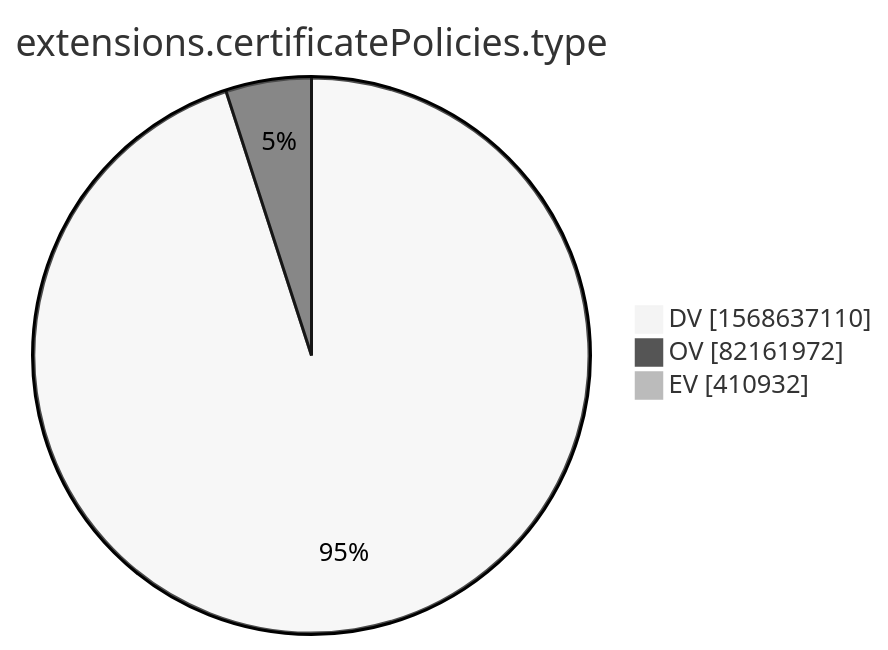
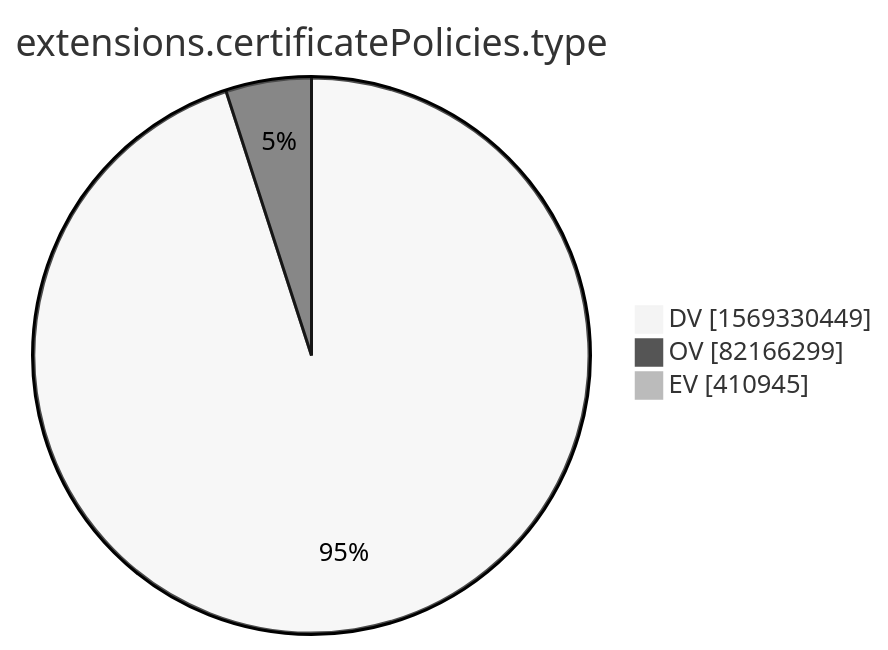
The tenth of 15 diagrams in xenon2022/README.md (christiankrug/ctmonitor_visualization), drawn with Mermaid (neutral theme) before and after one commit. The commit also changed other lines of this file, not shown here.

````diff
--- a/xenon2022/README.md
+++ b/xenon2022/README.md
@@ -2876,7 +2876,7 @@
 ```mermaid
 pie showData
 title extensions.certificatePolicies.type
-"DV" :1568637110
-"OV" :82161972
-"EV" :410932
+"DV" :1569330449
+"OV" :82166299
+"EV" :410945
 ```
````
